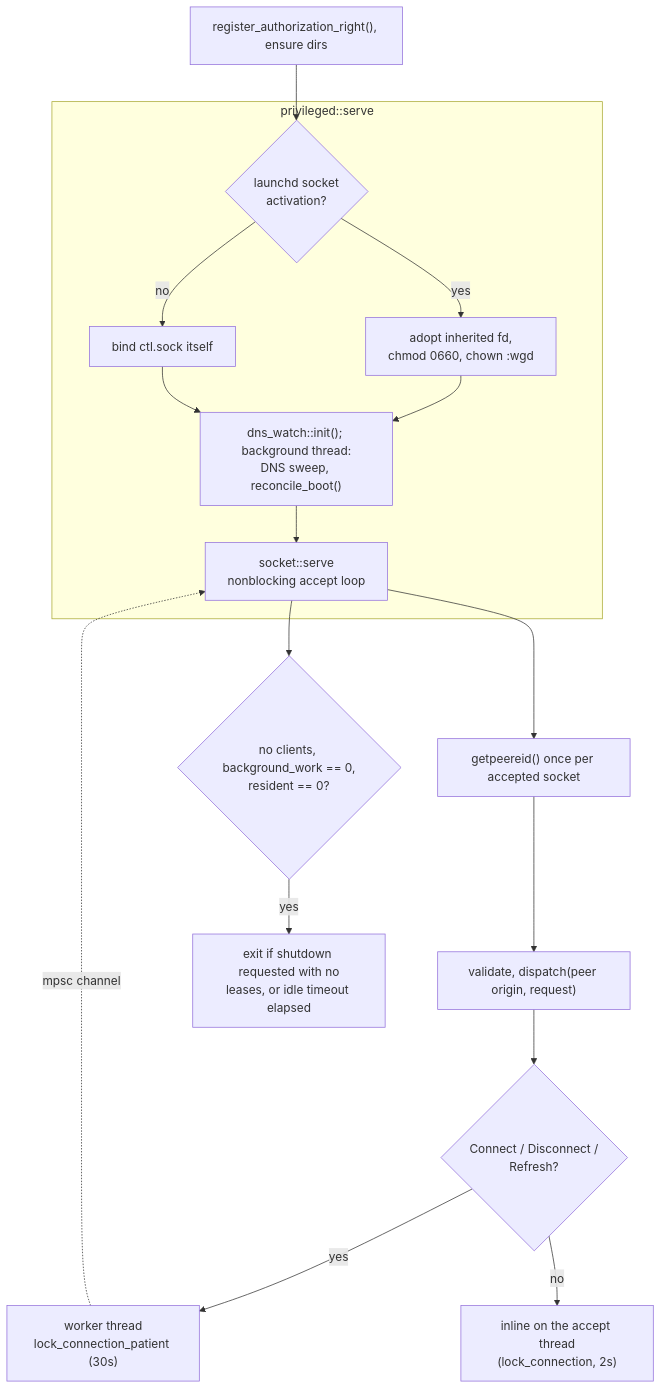
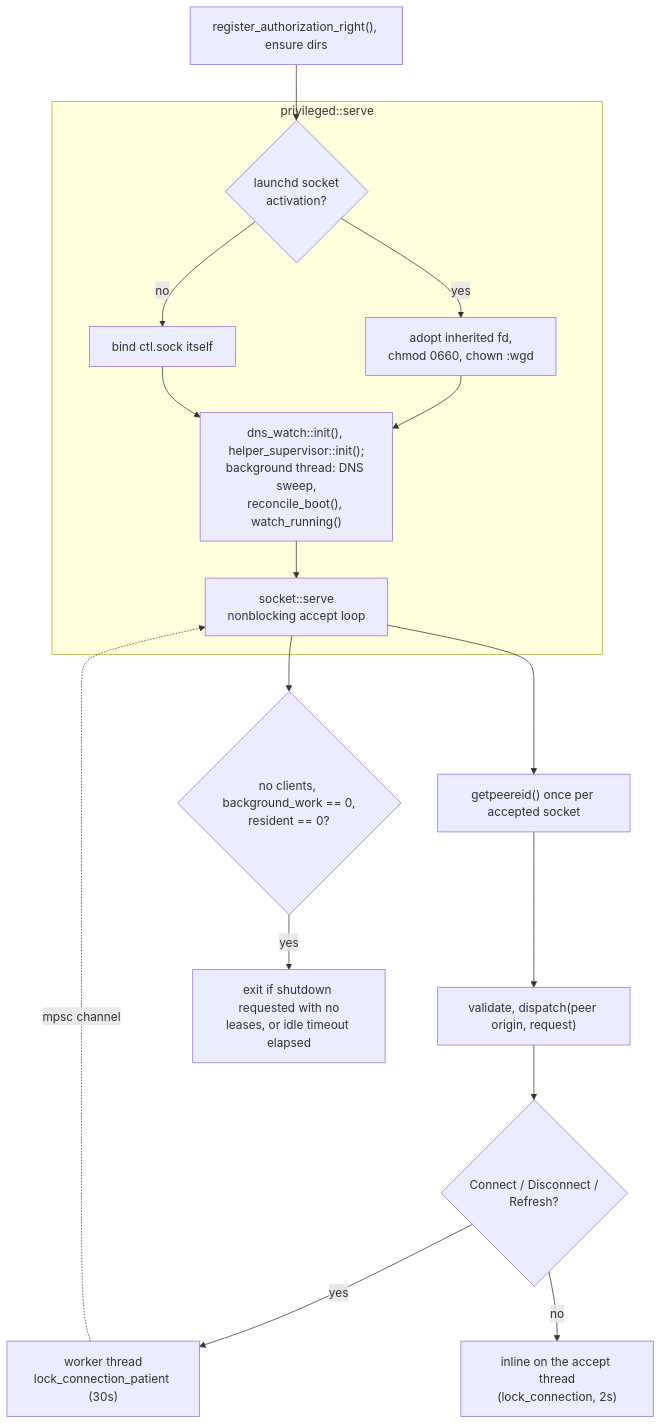
The seventh of 11 diagrams in doc/architecture.md (pansen/macos-wireguard-daemon), drawn with Mermaid before and after one commit. The commit also changed other lines of this file and 12 other files, not shown here.

````diff
--- a/doc/architecture.md
+++ b/doc/architecture.md
@@ -337,23 +349,23 @@
 ```mermaid
 flowchart TB
     AUTH["register_authorization_right(), ensure dirs"] --> ACT
     subgraph serve["privileged::serve"]
         ACT{"launchd socket<br/>activation?"}
         ACT -->|yes| FD["adopt inherited fd,<br/>chmod 0660, chown :wgd"]
         ACT -->|no| BIND["bind ctl.sock itself"]
         FD --> SPAWN
         BIND --> SPAWN
-        SPAWN["dns_watch::init(); background thread:<br/>DNS sweep, reconcile_boot()"] --> LOOP
+        SPAWN["dns_watch::init(), helper_supervisor::init();<br/>background thread: DNS sweep,<br/>reconcile_boot(), watch_running()"] --> LOOP
     end
 
     LOOP["socket::serve<br/>nonblocking accept loop"]
     LOOP --> GPC["getpeereid() once per accepted socket"]
     GPC --> DISP["validate, dispatch(peer origin, request)"]
     DISP --> IMM{"Connect / Disconnect /<br/>Refresh?"}
     IMM -->|yes| WORK["worker thread<br/>lock_connection_patient (30s)"]
     WORK -.->|"mpsc channel"| LOOP
     IMM -->|no| SYNC["inline on the accept thread<br/>(lock_connection, 2s)"]
 
     LOOP --> IDLE{"no clients, background_work == 0,<br/>resident == 0?"}
     IDLE -->|yes| EXIT["exit if shutdown requested with no<br/>leases, or idle timeout elapsed"]
 ```
````
